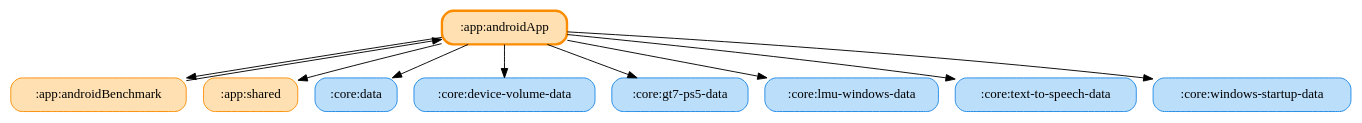
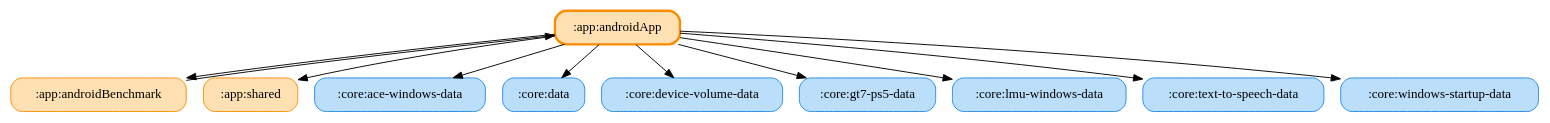
The diagram in docs/graphs/app-androidApp.gv (ai-kurou/KoDriver), drawn with Graphviz before and after one commit. The commit also changed 5 other files, not shown here.

Commit message:
chore: update module graph images

```diff
--- a/docs/graphs/app-androidApp.gv
+++ b/docs/graphs/app-androidApp.gv
@@ -1,22 +1,24 @@
 digraph G {
   rankdir=TB
   node [shape=box, style="rounded,filled"]
   ":app:androidApp" [fillcolor="#FFE0B2", color="#FB8C00", penwidth=2.5]
   ":app:androidBenchmark" [fillcolor="#FFE0B2", color="#FB8C00", penwidth=1]
   ":app:shared" [fillcolor="#FFE0B2", color="#FB8C00", penwidth=1]
+  ":core:ace-windows-data" [fillcolor="#BBDEFB", color="#1E88E5", penwidth=1]
   ":core:data" [fillcolor="#BBDEFB", color="#1E88E5", penwidth=1]
   ":core:device-volume-data" [fillcolor="#BBDEFB", color="#1E88E5", penwidth=1]
   ":core:gt7-ps5-data" [fillcolor="#BBDEFB", color="#1E88E5", penwidth=1]
   ":core:lmu-windows-data" [fillcolor="#BBDEFB", color="#1E88E5", penwidth=1]
   ":core:text-to-speech-data" [fillcolor="#BBDEFB", color="#1E88E5", penwidth=1]
   ":core:windows-startup-data" [fillcolor="#BBDEFB", color="#1E88E5", penwidth=1]
   ":app:androidApp" -> ":app:shared"
   ":app:androidApp" -> ":app:androidBenchmark"
   ":app:androidApp" -> ":core:data"
+  ":app:androidApp" -> ":core:ace-windows-data"
   ":app:androidApp" -> ":core:gt7-ps5-data"
   ":app:androidApp" -> ":core:lmu-windows-data"
   ":app:androidApp" -> ":core:device-volume-data"
   ":app:androidApp" -> ":core:text-to-speech-data"
   ":app:androidApp" -> ":core:windows-startup-data"
   ":app:androidBenchmark" -> ":app:androidApp"
 }
```
